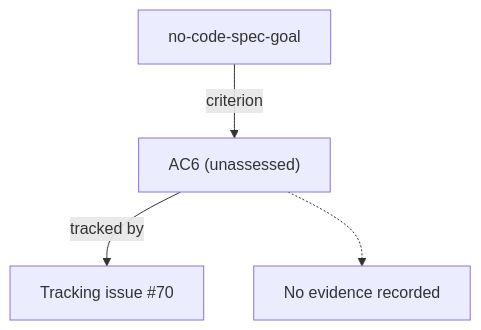
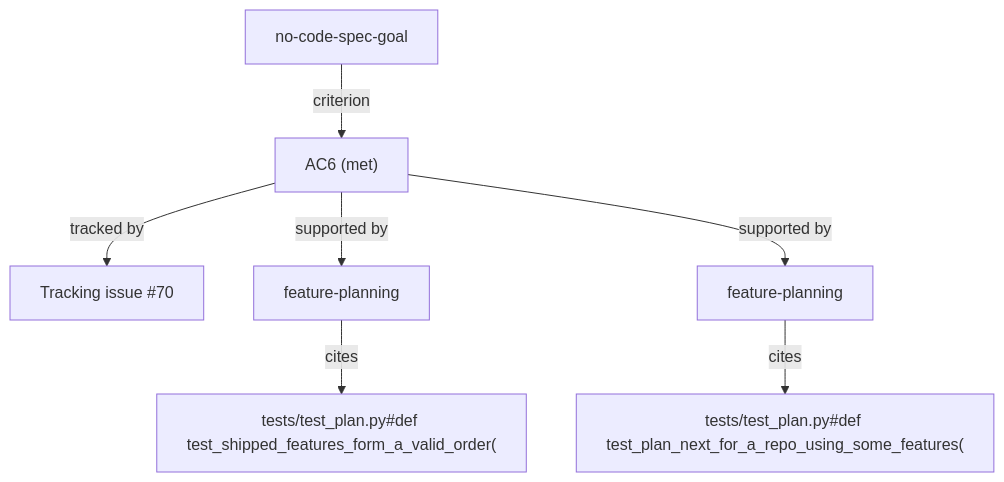
The diagram in docs/goals/no-code-spec-goal.md (Ltilak13/ubiq), drawn with Mermaid before and after one commit. The commit also changed other lines of this file and 1 other file, not shown here.

````diff
--- a/docs/goals/no-code-spec-goal.md
+++ b/docs/goals/no-code-spec-goal.md
@@ -123,11 +188,17 @@
 ```mermaid
 flowchart TD
   goal["no-code-spec-goal"]
-  ac6["AC6 (unassessed)"]
+  ac6["AC6 (met)"]
   goal -->|criterion| ac6
   issue_70["Tracking issue #35;70"]
   ac6 -->|tracked by| issue_70
   click issue_70 "https://github.com/Ltilak13/ubiq/issues/70"
-  evidence["No evidence recorded"]
-  ac6 -.-> evidence
+  feature_1["feature-planning"]
+  check_1["tests/test_plan.py#35;def test_shipped_features_form_a_valid_order("]
+  ac6 -->|supported by| feature_1
+  feature_1 -->|cites| check_1
+  feature_2["feature-planning"]
+  check_2["tests/test_plan.py#35;def test_plan_next_for_a_repo_using_some_features("]
+  ac6 -->|supported by| feature_2
+  feature_2 -->|cites| check_2
 ```
````
